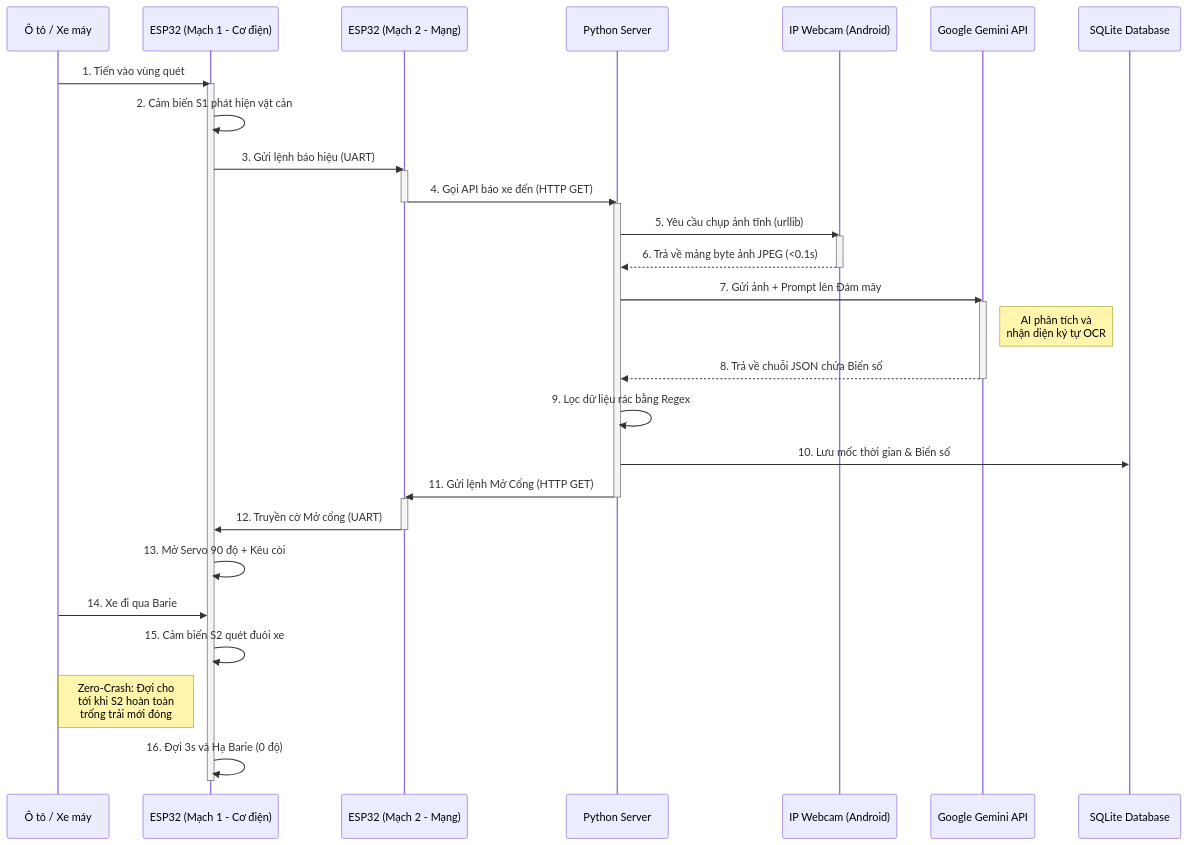
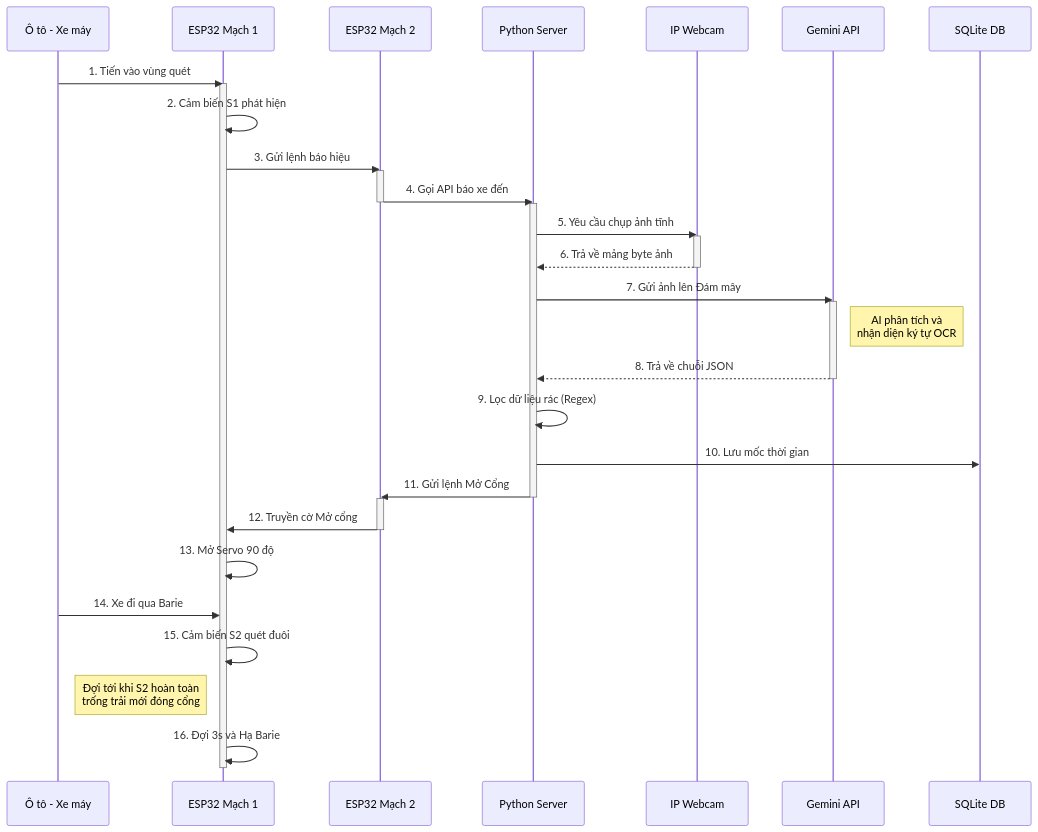
One commit to Nam19ti/IOT_ changed the second of 2 diagrams in README.md. Above: the diagram before and after it, drawn with Mermaid. The commit also changed other lines of this file, not shown here.

Commit message:
Fix Mermaid syntax errors

````diff
--- a/README.md
+++ b/README.md
@@ -117,44 +117,44 @@
 ```mermaid
 sequenceDiagram
-    participant Xe as Ô tô / Xe máy
-    participant M1 as ESP32 (Mạch 1 - Cơ điện)
-    participant M2 as ESP32 (Mạch 2 - Mạng)
+    participant Xe as Ô tô - Xe máy
+    participant M1 as ESP32 Mạch 1
+    participant M2 as ESP32 Mạch 2
     participant Py as Python Server
-    participant Cam as IP Webcam (Android)
-    participant AI as Google Gemini API
-    participant DB as SQLite Database
+    participant Cam as IP Webcam
+    participant AI as Gemini API
+    participant DB as SQLite DB
 
     Xe->>M1: 1. Tiến vào vùng quét
     activate M1
-    M1->>M1: 2. Cảm biến S1 phát hiện vật cản
-    M1->>M2: 3. Gửi lệnh báo hiệu (UART)
+    M1->>M1: 2. Cảm biến S1 phát hiện
+    M1->>M2: 3. Gửi lệnh báo hiệu
     activate M2
-    M2->>Py: 4. Gọi API báo xe đến (HTTP GET)
+    M2->>Py: 4. Gọi API báo xe đến
     deactivate M2
     activate Py
-    Py->>Cam: 5. Yêu cầu chụp ảnh tĩnh (urllib)
+    Py->>Cam: 5. Yêu cầu chụp ảnh tĩnh
     activate Cam
-    Cam-->>Py: 6. Trả về mảng byte ảnh JPEG (<0.1s)
+    Cam-->>Py: 6. Trả về mảng byte ảnh
     deactivate Cam
     
-    Py->>AI: 7. Gửi ảnh + Prompt lên Đám mây
+    Py->>AI: 7. Gửi ảnh lên Đám mây
     activate AI
     Note right of AI: AI phân tích và<br/>nhận diện ký tự OCR
-    AI-->>Py: 8. Trả về chuỗi JSON chứa Biển số
+    AI-->>Py: 8. Trả về chuỗi JSON
     deactivate AI
     
-    Py->>Py: 9. Lọc dữ liệu rác bằng Regex
-    Py->>DB: 10. Lưu mốc thời gian & Biển số
+    Py->>Py: 9. Lọc dữ liệu rác (Regex)
+    Py->>DB: 10. Lưu mốc thời gian
     
-    Py->>M2: 11. Gửi lệnh Mở Cổng (HTTP GET)
+    Py->>M2: 11. Gửi lệnh Mở Cổng
     deactivate Py
     activate M2
-    M2->>M1: 12. Truyền cờ Mở cổng (UART)
+    M2->>M1: 12. Truyền cờ Mở cổng
     deactivate M2
-    M1->>M1: 13. Mở Servo 90 độ + Kêu còi
+    M1->>M1: 13. Mở Servo 90 độ
     Xe->>M1: 14. Xe đi qua Barie
-    M1->>M1: 15. Cảm biến S2 quét đuôi xe
-    Note left of M1: Zero-Crash: Đợi cho<br/>tới khi S2 hoàn toàn<br/>trống trải mới đóng
-    M1->>M1: 16. Đợi 3s và Hạ Barie (0 độ)
+    M1->>M1: 15. Cảm biến S2 quét đuôi
+    Note left of M1: Đợi tới khi S2 hoàn toàn<br/>trống trải mới đóng cổng
+    M1->>M1: 16. Đợi 3s và Hạ Barie
     deactivate M1
 ```
````
